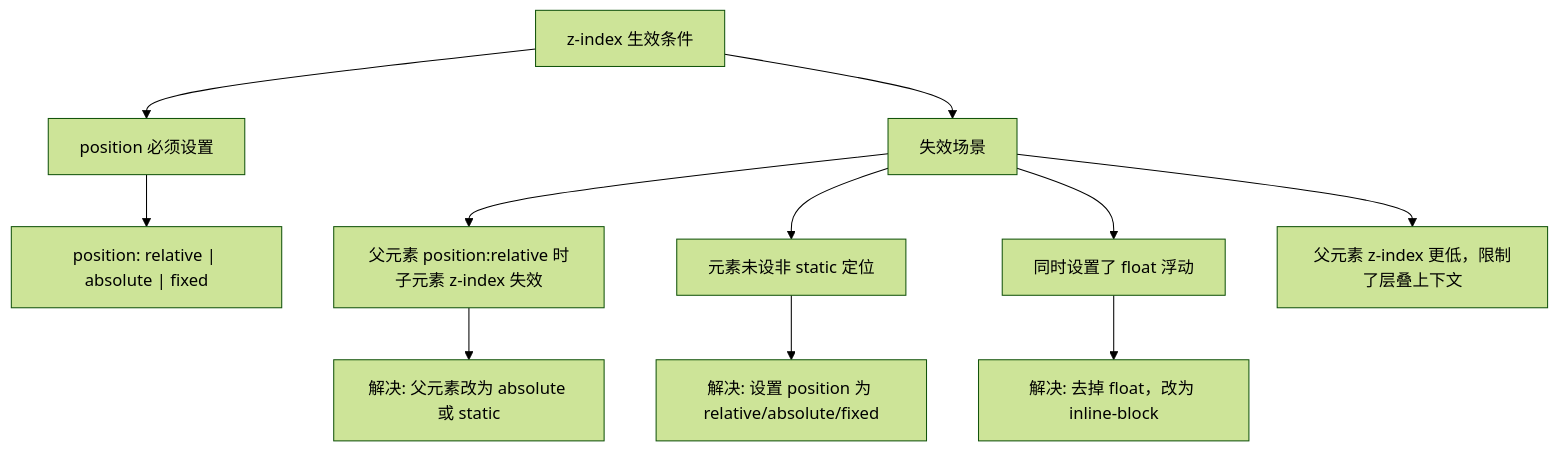
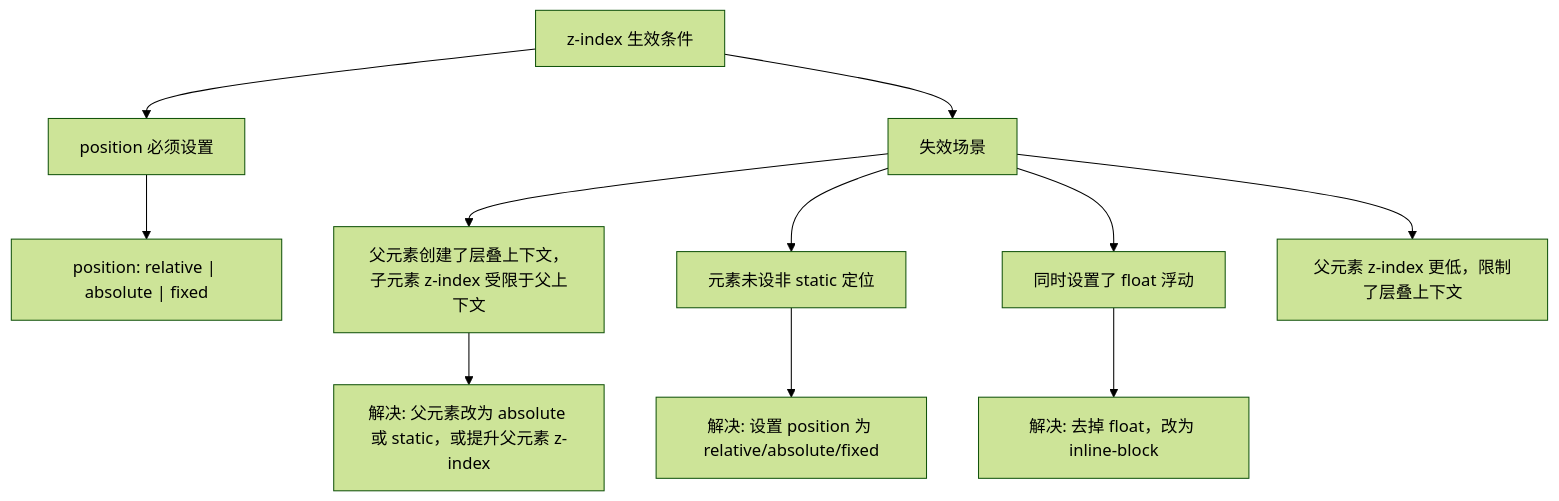
Before and after one commit to KMaybe01/common: diagram 19 of 50 in S1-基础夯实/02-CSS.md, drawn with Mermaid (forest theme). The commit also changed other lines of this file and 27 other files, not shown here.

````diff
--- a/S1-基础夯实/02-CSS.md
+++ b/S1-基础夯实/02-CSS.md
@@ -1901,15 +1900,15 @@
 ```mermaid
 flowchart TD
     A["z-index 生效条件"] --> B["position 必须设置"]
     B --> C["position: relative | absolute | fixed"]
 
     A --> D["失效场景"]
-    D --> E["父元素 position:relative 时子元素 z-index 失效"]
+    D --> E["父元素创建了层叠上下文，子元素 z-index 受限于父上下文"]
     D --> F["元素未设非 static 定位"]
     D --> G["同时设置了 float 浮动"]
     D --> H["父元素 z-index 更低，限制了层叠上下文"]
 
-    E --> E1["解决: 父元素改为 absolute 或 static"]
+    E --> E1["解决: 父元素改为 absolute 或 static，或提升父元素 z-index"]
     F --> F1["解决: 设置 position 为 relative/absolute/fixed"]
     G --> G1["解决: 去掉 float，改为 inline-block"]
 ```
````
